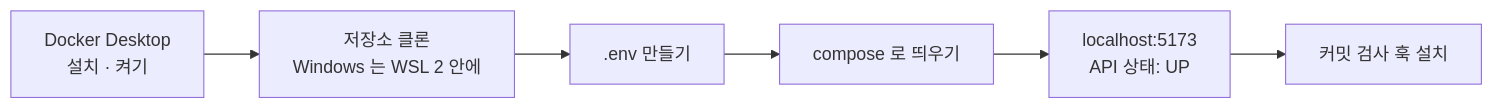
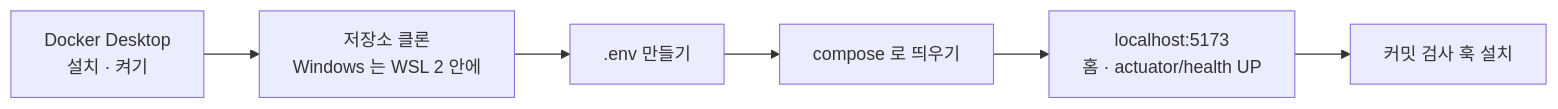
Before and after one commit to a102-NEWLEARN/NEW-LEARN: the diagram in README.md, drawn with Mermaid. The commit also changed other lines of this file and 1 other file, not shown here.

````diff
--- a/README.md
+++ b/README.md
@@ -16,8 +16,8 @@
 ```mermaid
 flowchart LR
   A["Docker Desktop<br/>설치 · 켜기"] --> B["저장소 클론<br/>Windows 는 WSL 2 안에"]
   B --> C[".env 만들기"]
   C --> D["compose 로 띄우기"]
-  D --> E["localhost:5173<br/>API 상태: UP"]
+  D --> E["localhost:5173<br/>홈 · actuator/health UP"]
   E --> F["커밋 검사 훅 설치"]
 ```
````
